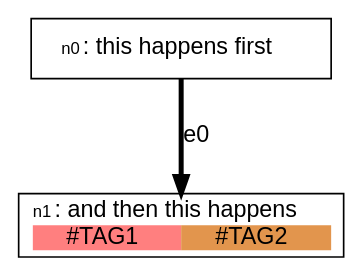
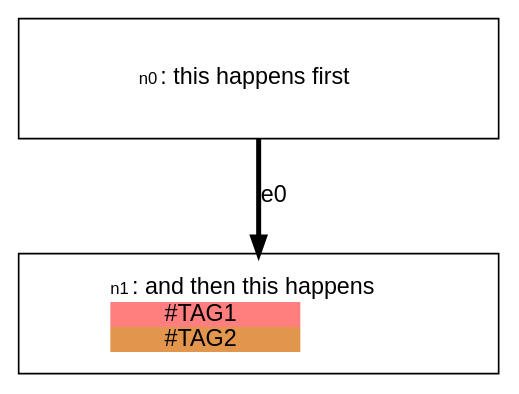
One commit to stevecooperorg/microdot changed the diagram in examples/readme_example_1.dot. Above: the diagram before and after it, drawn with Graphviz. The commit also changed 6 other files, not shown here.

```diff
--- a/examples/readme_example_1.dot
+++ b/examples/readme_example_1.dot
@@ -1,32 +1,34 @@
 digraph {
 
     graph [fontname = "helvetica" rankdir="TB" ranksep=0.75 nodesep=0.5];
     node [fontname = "helvetica" shape = "box" width=2.5 style=filled];
     edge [fontname = "helvetica" penwidth=3 color="#000000"];
 
-    n0 [label=< <TABLE BORDER="0" CELLPADDING="0" CELLSPACING="0">
+    n0 [width=4 height=1 label=< <TABLE BORDER="0" CELLPADDING="0" CELLSPACING="0">
     <TR>
         <TD COLSPAN="1"><FONT POINT-SIZE="10">n0</FONT>: this happens first</TD>
     </TR>
     
    </TABLE>
 > fillcolor="#FFFFFF"]
-    n1 [label=< <TABLE BORDER="0" CELLPADDING="0" CELLSPACING="0">
+    n1 [width=4 height=1 label=< <TABLE BORDER="0" CELLPADDING="0" CELLSPACING="0">
     <TR>
         <TD COLSPAN="2"><FONT POINT-SIZE="10">n1</FONT>: and then this happens</TD>
     </TR>
     
-    <TR>
         
-            <TD BGCOLOR="#FF7F7F"><FONT COLOR="#000000">#TAG1</FONT></TD>
+           <TR>
+<TD BGCOLOR="#FF7F7F"><FONT COLOR="#000000">#TAG1</FONT></TD>
+</TR>
         
-            <TD BGCOLOR="#E2954D"><FONT COLOR="#000000">#TAG2</FONT></TD>
+           <TR>
+<TD BGCOLOR="#E2954D"><FONT COLOR="#000000">#TAG2</FONT></TD>
+</TR>
         
-    </TR>
     
    </TABLE>
 > fillcolor="#FFFFFF"]
 
     "n0" -> "n1" [label="e0"];
 
 }
```
